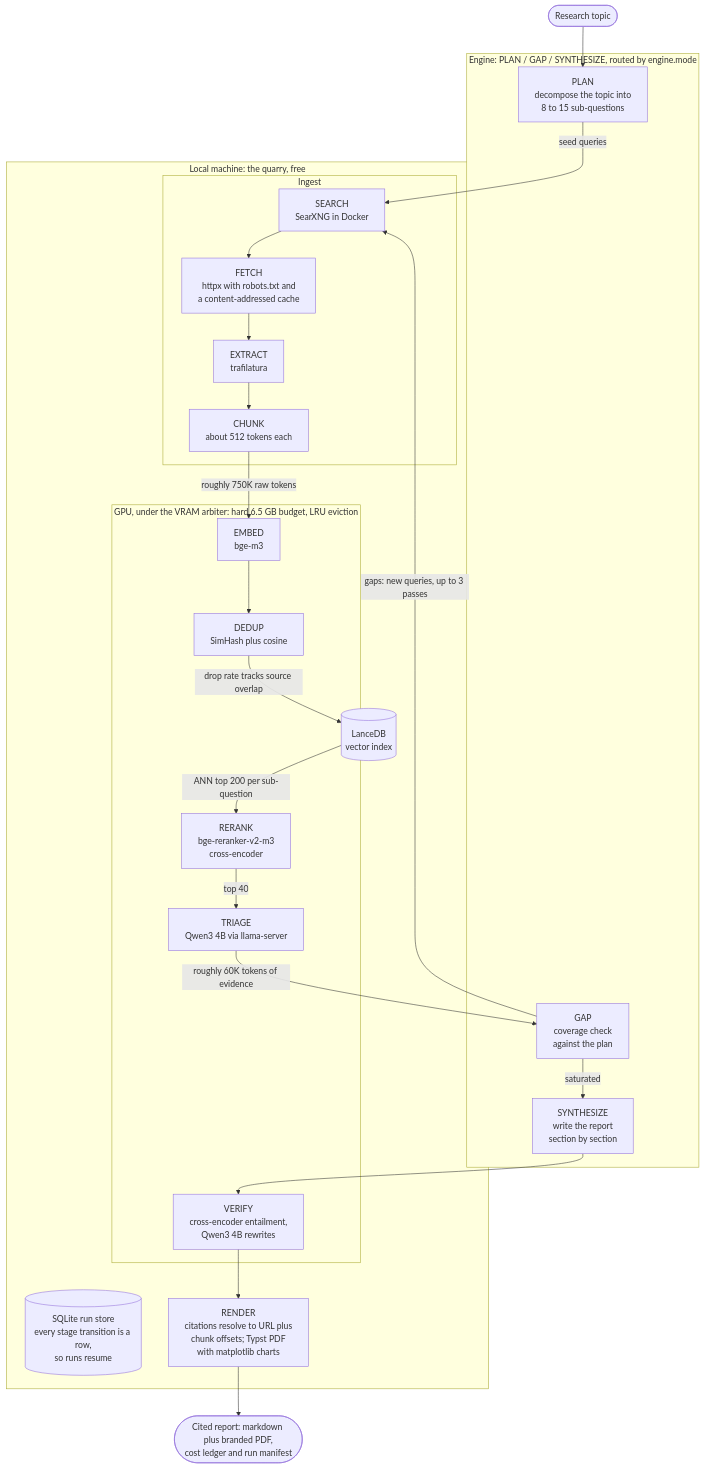
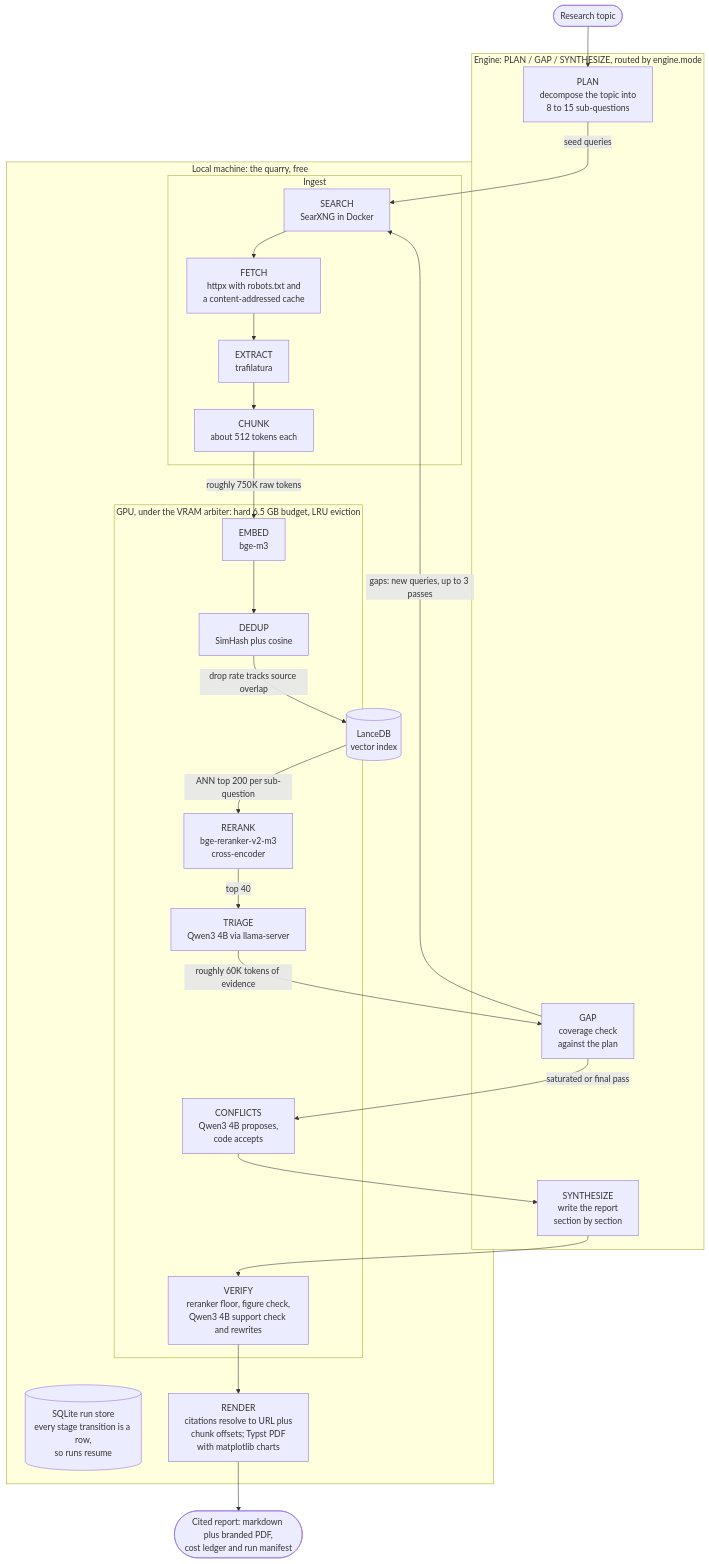
The diagram in docs/Architecture.md (vignesh-nagarajan-vn/Quarry-LDR), drawn with Mermaid before and after one commit. The commit also changed other lines of this file and 4 other files, not shown here.

````diff
--- a/docs/Architecture.md
+++ b/docs/Architecture.md
@@ -9,47 +9,49 @@
 ```mermaid
 flowchart TB
     topic(["Research topic"])
     report(["Cited report: markdown plus branded PDF,<br/>cost ledger and run manifest"])
 
     subgraph engine["Engine: PLAN / GAP / SYNTHESIZE, routed by engine.mode"]
         PLAN["PLAN<br/>decompose the topic into<br/>8 to 15 sub-questions"]
         GAP["GAP<br/>coverage check<br/>against the plan"]
         SYNTH["SYNTHESIZE<br/>write the report<br/>section by section"]
     end
 
     subgraph local["Local machine: the quarry, free"]
         subgraph ingest["Ingest"]
             SEARCH["SEARCH<br/>SearXNG in Docker"]
             FETCH["FETCH<br/>httpx with robots.txt and<br/>a content-addressed cache"]
             EXTRACT["EXTRACT<br/>trafilatura"]
             CHUNK["CHUNK<br/>about 512 tokens each"]
         end
         subgraph gpu["GPU, under the VRAM arbiter: hard 6.5 GB budget, LRU eviction"]
             EMBED["EMBED<br/>bge-m3"]
             DEDUP["DEDUP<br/>SimHash plus cosine"]
             RERANK["RERANK<br/>bge-reranker-v2-m3<br/>cross-encoder"]
             TRIAGE["TRIAGE<br/>Qwen3 4B via llama-server"]
-            VERIFY["VERIFY<br/>cross-encoder entailment,<br/>Qwen3 4B rewrites"]
+            CONFLICTS["CONFLICTS<br/>Qwen3 4B proposes,<br/>code accepts"]
+            VERIFY["VERIFY<br/>reranker floor, figure check,<br/>Qwen3 4B support check and rewrites"]
         end
         LANCE[("LanceDB<br/>vector index")]
         STATE[("SQLite run store<br/>every stage transition is a row,<br/>so runs resume")]
         RENDER["RENDER<br/>citations resolve to URL plus<br/>chunk offsets; Typst PDF<br/>with matplotlib charts"]
     end
 
     topic --> PLAN
     PLAN -->|"seed queries"| SEARCH
     SEARCH --> FETCH
     FETCH --> EXTRACT
     EXTRACT --> CHUNK
     CHUNK -->|"roughly 750K raw tokens"| EMBED
     EMBED --> DEDUP
     DEDUP -->|"drop rate tracks source overlap"| LANCE
     LANCE -->|"ANN top 200 per sub-question"| RERANK
     RERANK -->|"top 40"| TRIAGE
     TRIAGE -->|"roughly 60K tokens of evidence"| GAP
     GAP -->|"gaps: new queries, up to 3 passes"| SEARCH
-    GAP -->|"saturated"| SYNTH
+    GAP -->|"saturated or final pass"| CONFLICTS
+    CONFLICTS --> SYNTH
     SYNTH --> VERIFY
     VERIFY --> RENDER
     RENDER --> report
 ```
````
